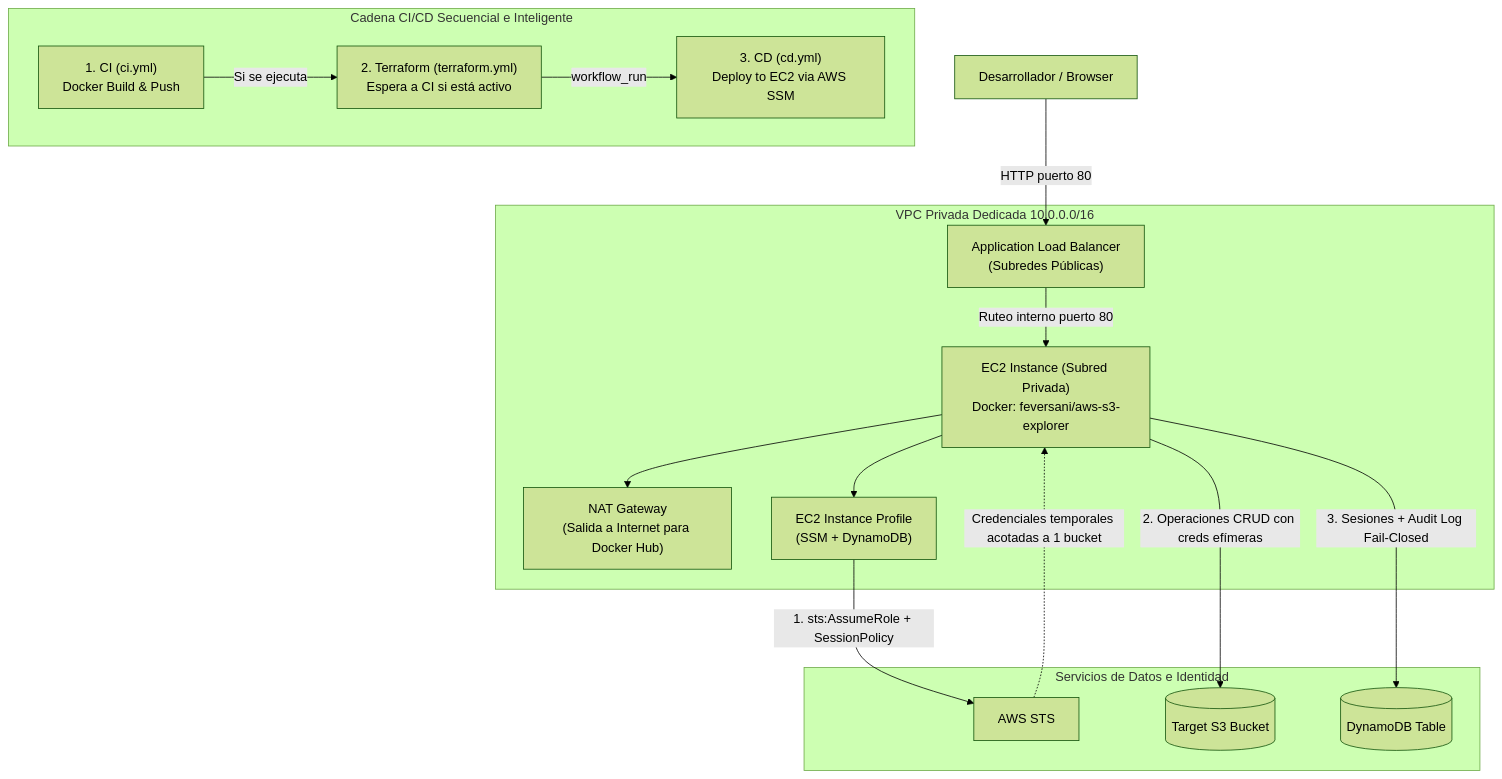
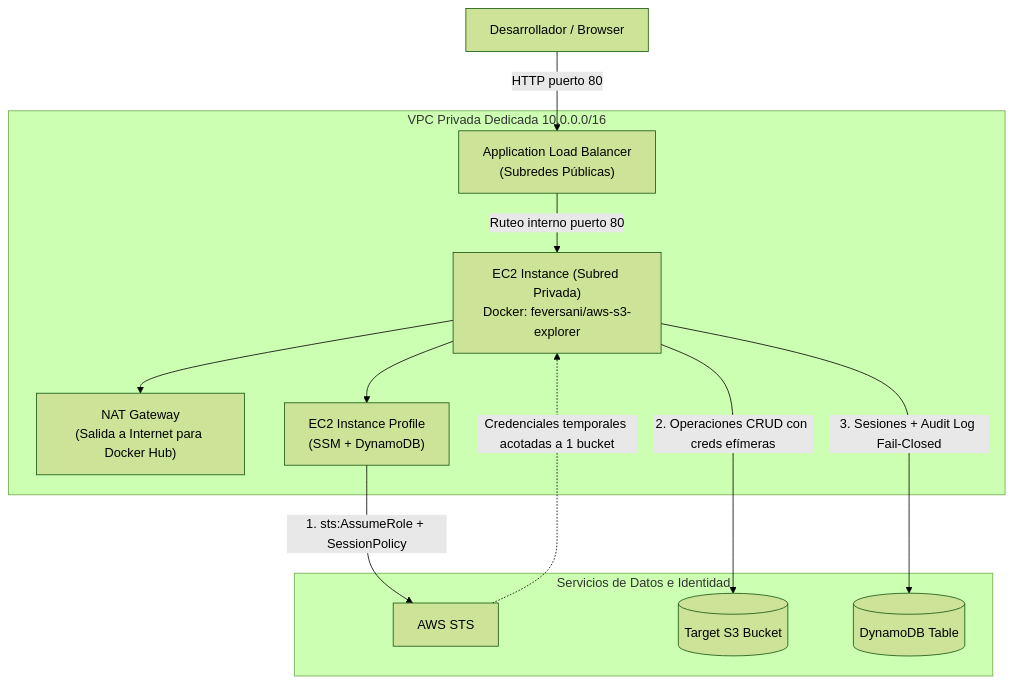
One commit to feversani-labs/aws-s3-explorer changed the second of 5 diagrams in README.md. Above: the diagram before and after it, drawn with Mermaid (forest theme). The commit also changed other lines of this file and 7 other files, not shown here.

````diff
--- a/README.md
+++ b/README.md
@@ -23,22 +104,17 @@
 ```mermaid
 flowchart TB
     Dev[Desarrollador / Browser] -->|HTTP puerto 80| ALB["Application Load Balancer<br>(Subredes Públicas)"]
     
     subgraph VPC [VPC Privada Dedicada 10.0.0.0/16]
         ALB -->|Ruteo interno puerto 80| EC2["EC2 Instance (Subred Privada)<br>Docker: feversani/aws-s3-explorer"]
         EC2 --> NAT["NAT Gateway<br>(Salida a Internet para Docker Hub)"]
         EC2 --> IMDS["EC2 Instance Profile<br>(SSM + DynamoDB)"]
     end
 
     subgraph AWS_Services [Servicios de Datos e Identidad]
         IMDS -->|1. sts:AssumeRole + SessionPolicy| STS[AWS STS]
         STS -.->|Credenciales temporales acotadas a 1 bucket| EC2
         EC2 -->|2. Operaciones CRUD con creds efímeras| S3[(Target S3 Bucket)]
         EC2 -->|3. Sesiones + Audit Log Fail-Closed| DDB[(DynamoDB Table)]
     end
-
-    subgraph Pipelines [Cadena CI/CD Secuencial e Inteligente]
-        GHA1["1. CI (ci.yml)<br>Docker Build & Push"] -->|Si se ejecuta| GHA2["2. Terraform (terraform.yml)<br>Espera a CI si está activo"]
-        GHA2 -->|workflow_run| GHA3["3. CD (cd.yml)<br>Deploy to EC2 via AWS SSM"]
-    end
 ```
````
